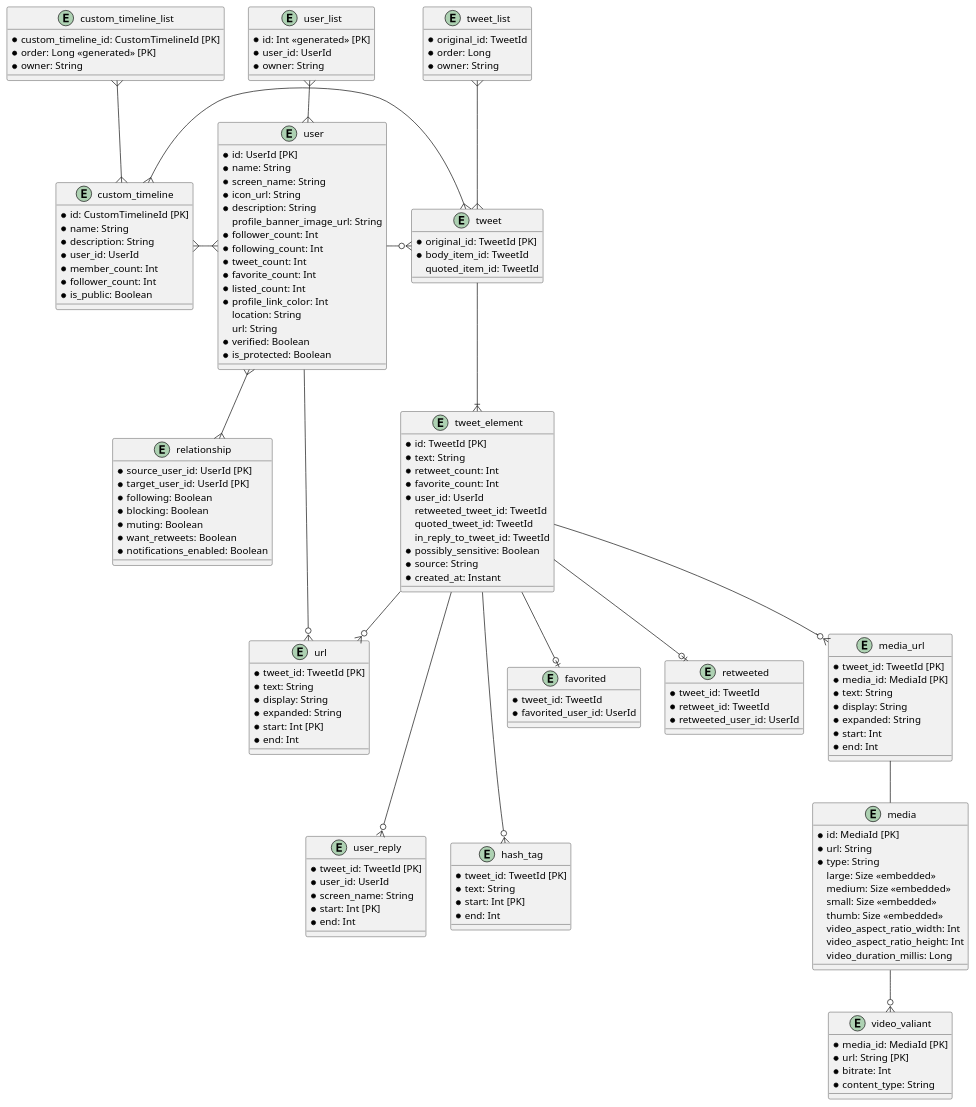
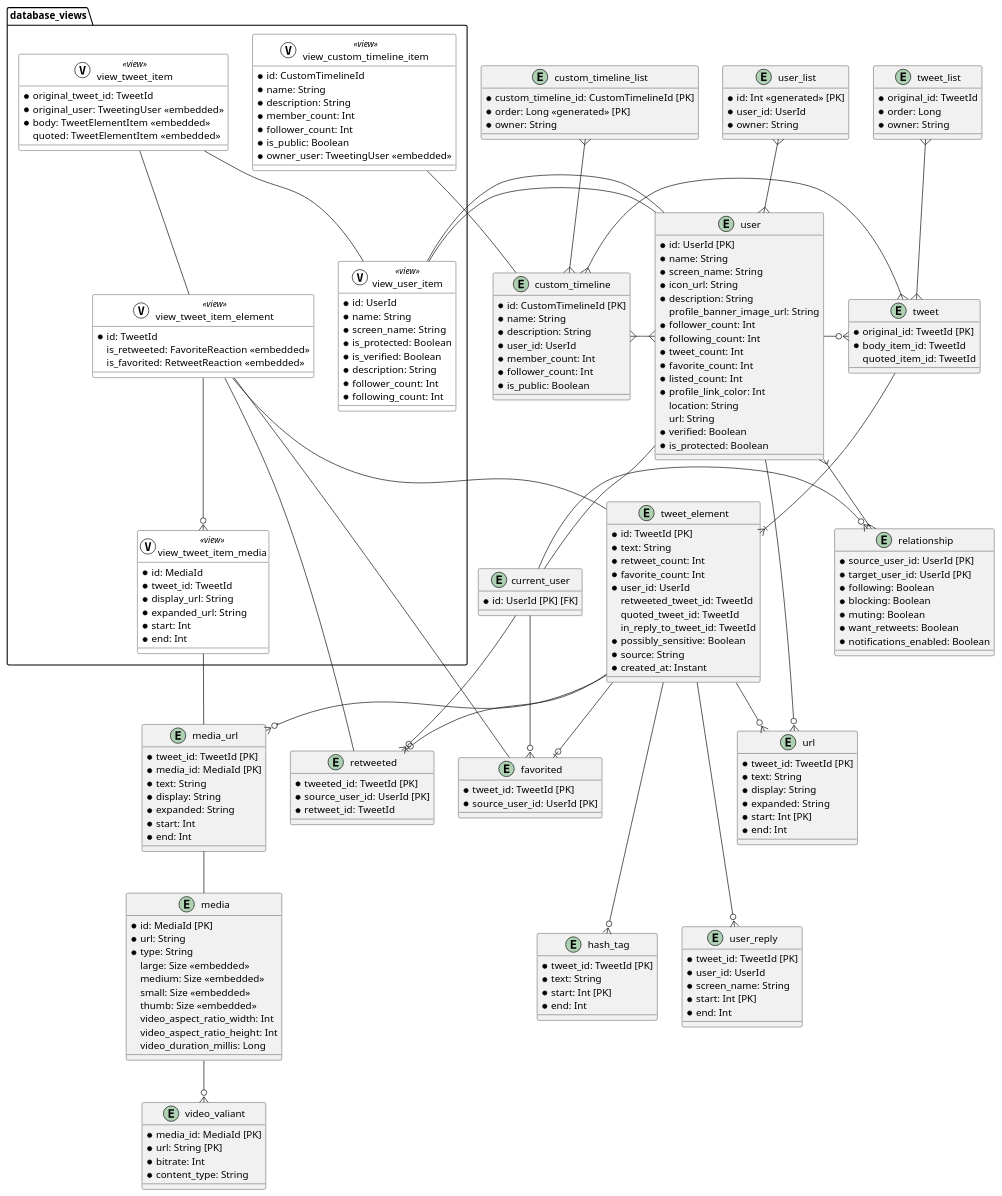
The diagram in docs/er_overview_v2.puml (akihito104/UdonRoad2), drawn with PlantUML before and after one commit.

Commit message:
added database views

```diff
--- a/docs/er_overview_v2.puml
+++ b/docs/er_overview_v2.puml
@@ -1,4 +1,8 @@
 @startuml
+
+skinparam class {
+  BackgroundColor<<view>> white
+}
 
 entity media {
   * id: MediaId [PK]
@@ -132,14 +136,18 @@
 }
 
 entity favorited {
-  * tweet_id: TweetId
-  * favorited_user_id: UserId
+  * tweet_id: TweetId [PK]
+  * source_user_id: UserId [PK]
 }
 
 entity retweeted {
-  * tweet_id: TweetId
+  * tweeted_id: TweetId [PK]
+  * source_user_id: UserId [PK]
   * retweet_id: TweetId
-  * retweeted_user_id: UserId
+}
+
+entity current_user {
+  * id: UserId [PK] [FK]
 }
 
 tweet_list }--{ tweet
@@ -158,9 +166,75 @@
 user }--{ relationship
 user --o{ url
 user -o{ tweet
+user - current_user
+
+current_user -o{ relationship
+current_user -o{ favorited
+current_user -o{ retweeted
 
 custom_timeline_list }--{ custom_timeline
 custom_timeline }-{ user
 custom_timeline }-{ tweet
 
+package database_views {
+  entity view_tweet_item << (V, #ffffff) view >> {
+    * original_tweet_id: TweetId
+    * original_user: TweetingUser <<embedded>>
+    * body: TweetElementItem <<embedded>>
+    quoted: TweetElementItem <<embedded>>
+  }
+
+  entity view_tweet_item_element << (V, #ffffff) view >> {
+    * id: TweetId
+    is_retweeted: FavoriteReaction <<embedded>>
+    is_favorited: RetweetReaction <<embedded>>
+  }
+
+  entity view_tweet_item_media << (V, #ffffff) view >> {
+    * id: MediaId
+    * tweet_id: TweetId
+    * display_url: String
+    * expanded_url: String
+    * start: Int
+    * end: Int
+  }
+
+  entity view_custom_timeline_item << (V, #ffffff) view >> {
+    * id: CustomTimelineId
+    * name: String
+    * description: String
+    * member_count: Int
+    * follower_count: Int
+    * is_public: Boolean
+    * owner_user: TweetingUser <<embedded>>
+  }
+
+  entity view_user_item << (V, #ffffff) view >> {
+    * id: UserId
+    * name: String
+    * screen_name: String
+    * is_protected: Boolean
+    * is_verified: Boolean
+    * description: String
+    * follower_count: Int
+    * following_count: Int
+  }
+
+  view_tweet_item -- view_tweet_item_element
+  view_tweet_item -- view_user_item
+
+  view_tweet_item_element - tweet_element
+  view_tweet_item_element -- favorited
+  view_tweet_item_element -- retweeted
+  view_tweet_item_element --o{ view_tweet_item_media
+
+  view_user_item - user
+
+  view_tweet_item_media - media_url
+
+  view_custom_timeline_item - custom_timeline
+
+  view_user_item - user
+}
+
 @enduml
```
